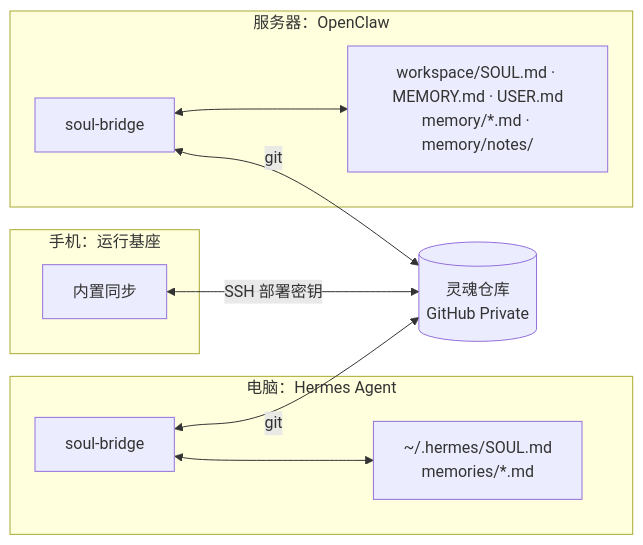
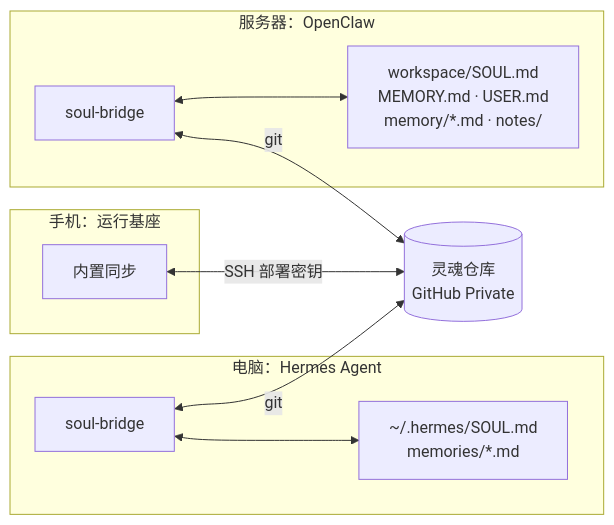
Before and after one commit to Causally-XYZ/Project.Quetzal: the diagram in website/content/docs/zh/advanced/soul-bridge.md, drawn with Mermaid. The commit also changed 23 other files, not shown here.

Commit message:
文档站图表可读性：mermaid 原尺寸渲染、窄屏横向流程图自动转纵向、宽图缩放或滚动、图表与图片全屏放大查看、时序图自动换行；多张横向流程图改为纵向并精简标签，架构总图改用手绘 SVG

````diff
--- a/website/content/docs/zh/advanced/soul-bridge.md
+++ b/website/content/docs/zh/advanced/soul-bridge.md
@@ -10,16 +10,16 @@
 ```mermaid
 flowchart LR
   R[("灵魂仓库<br/>GitHub Private")]
   subgraph Phone["手机：运行基座"]
     RT["内置同步"]
   end
   subgraph PC["电脑：Hermes Agent"]
     BH["soul-bridge"] <--> HF["~/.hermes/SOUL.md<br/>memories/*.md"]
   end
   subgraph Server["服务器：OpenClaw"]
-    BO["soul-bridge"] <--> OF["workspace/SOUL.md · MEMORY.md · USER.md<br/>memory/*.md · memory/notes/"]
+    BO["soul-bridge"] <--> OF["workspace/SOUL.md<br/>MEMORY.md · USER.md<br/>memory/*.md · notes/"]
   end
   RT <-- "SSH 部署密钥" --> R
   BH <-- git --> R
   BO <-- git --> R
 ```
````
